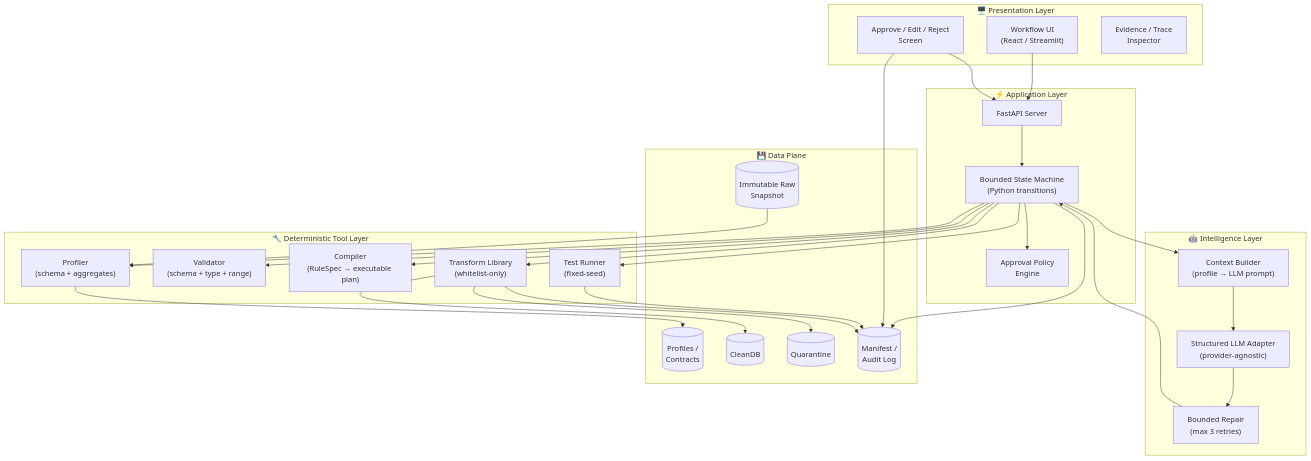
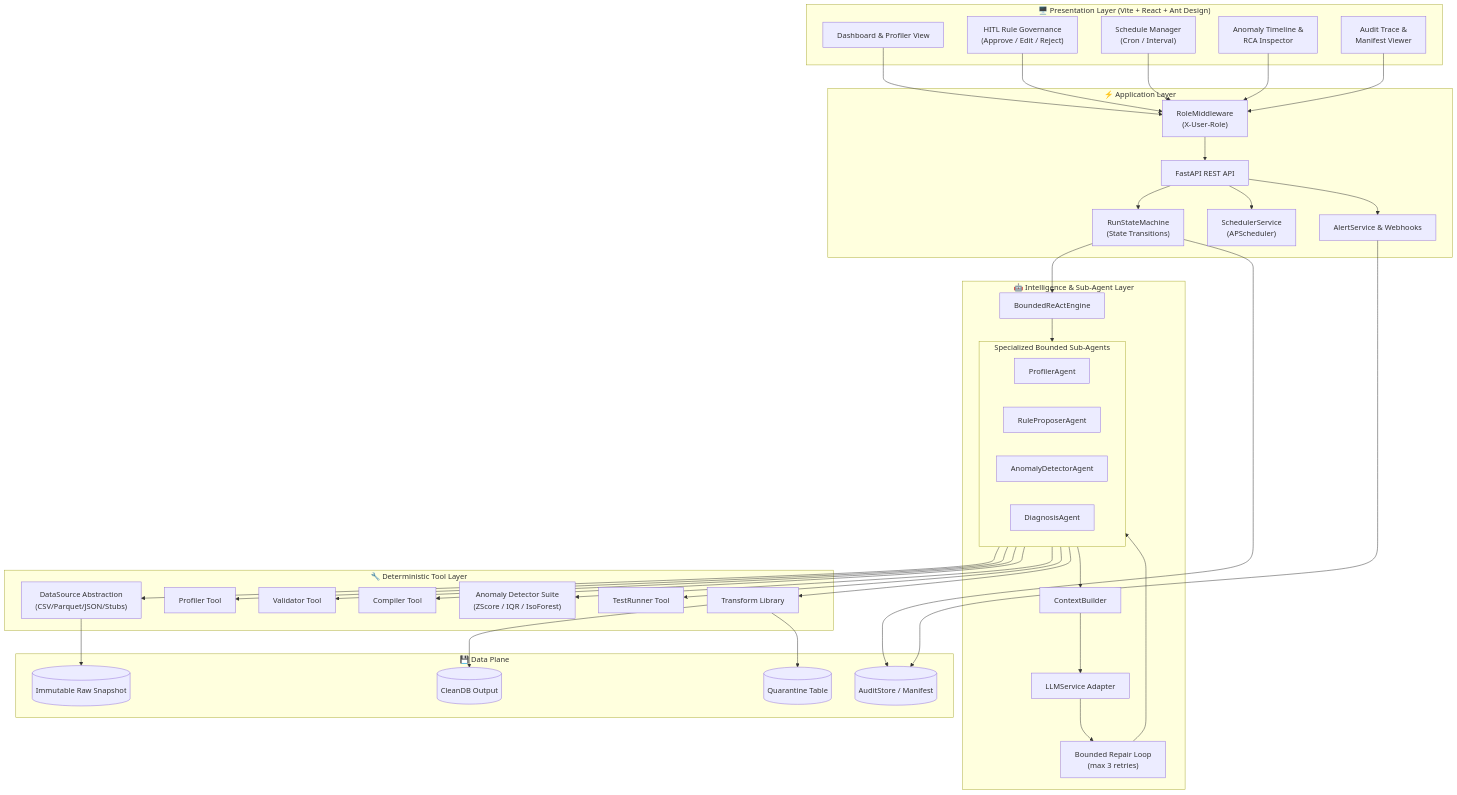
Before and after one commit to Dino1059/Phase2_VSF: the second of 5 diagrams in ARCHITECTURE.md, drawn with Mermaid. The commit also changed other lines of this file and 1 other file, not shown here.

Commit message:
docs: sync v2 architecture diagrams and sub-agent contracts in ARCHITECTURE.md

````diff
--- a/ARCHITECTURE.md
+++ b/ARCHITECTURE.md
@@ -88,58 +96,80 @@
 ```mermaid
 flowchart TB
-    subgraph Presentation["🖥️ Presentation Layer"]
-        UI["Workflow UI<br/>(React / Streamlit)"]
-        REVIEW["Approve / Edit / Reject<br/>Screen"]
-        TRACE["Evidence / Trace<br/>Inspector"]
+    subgraph Presentation["🖥️ Presentation Layer (Vite + React + Ant Design)"]
+        UI["Dashboard & Profiler View"]
+        REVIEW["HITL Rule Governance<br/>(Approve / Edit / Reject)"]
+        SCHED_UI["Schedule Manager<br/>(Cron / Interval)"]
+        ANOM_UI["Anomaly Timeline &<br/>RCA Inspector"]
+        AUDIT_UI["Audit Trace &<br/>Manifest Viewer"]
     end
 
     subgraph Application["⚡ Application Layer"]
-        API["FastAPI Server"]
-        SM["Bounded State Machine<br/>(Python transitions)"]
-        POLICY["Approval Policy<br/>Engine"]
+        API["FastAPI REST API"]
+        RBAC["RoleMiddleware<br/>(X-User-Role)"]
+        SM["RunStateMachine<br/>(State Transitions)"]
+        SCHED["SchedulerService<br/>(APScheduler)"]
+        ALERT["AlertService & Webhooks"]
     end
 
-    subgraph Intelligence["🤖 Intelligence Layer"]
-        CTX["Context Builder<br/>(profile → LLM prompt)"]
-        LLM["Structured LLM Adapter<br/>(provider-agnostic)"]
-        REPAIR["Bounded Repair<br/>(max 3 retries)"]
+    subgraph Intelligence["🤖 Intelligence & Sub-Agent Layer"]
+        ORCH["BoundedReActEngine"]
+        subgraph SubAgents["Specialized Bounded Sub-Agents"]
+            PA["ProfilerAgent"]
+            RA["RuleProposerAgent"]
+            AA["AnomalyDetectorAgent"]
+            DA["DiagnosisAgent"]
+        end
+        CTX["ContextBuilder"]
+        LLM["LLMService Adapter"]
+        REPAIR["Bounded Repair Loop<br/>(max 3 retries)"]
     end
 
     subgraph DeterministicTools["🔧 Deterministic Tool Layer"]
-        PROF["Profiler<br/>(schema + aggregates)"]
-        VALID["Validator<br/>(schema + type + range)"]
-        COMP["Compiler<br/>(RuleSpec → executable plan)"]
-        TEST["Test Runner<br/>(fixed-seed)"]
-        TRANS["Transform Library<br/>(whitelist-only)"]
+        DS["DataSource Abstraction<br/>(CSV/Parquet/JSON/Stubs)"]
+        PROF["Profiler Tool"]
+        VALID["Validator Tool"]
+        COMP["Compiler Tool"]
+        ANOM["Anomaly Detector Suite<br/>(ZScore / IQR / IsoForest)"]
+        TEST["TestRunner Tool"]
+        TRANS["Transform Library"]
     end
 
     subgraph DataPlane["💾 Data Plane"]
-        RAW[("Immutable Raw<br/>Snapshot")]
-        META[("Profiles /<br/>Contracts")]
-        CLEAN[("CleanDB")]
-        QUAR[("Quarantine")]
-        AUDIT[("Manifest /<br/>Audit Log")]
+        RAW[("Immutable Raw Snapshot")]
+        CLEAN[("CleanDB Output")]
+        QUAR[("Quarantine Table")]
+        AUDIT[("AuditStore / Manifest")]
     end
 
-    UI --> API
-    REVIEW --> API
+    UI --> RBAC
+    REVIEW --> RBAC
+    SCHED_UI --> RBAC
+    ANOM_UI --> RBAC
+    AUDIT_UI --> RBAC
+    RBAC --> API
+    
     API --> SM
-    SM --> POLICY
-    SM --> CTX
+    API --> SCHED
+    API --> ALERT
+    
+    SM --> ORCH
+    ORCH --> SubAgents
+    SubAgents --> CTX
     CTX --> LLM
     LLM --> REPAIR
-    REPAIR --> SM
-    SM --> PROF
-    SM --> VALID
-    SM --> COMP
-    SM --> TEST
-    SM --> TRANS
-    RAW --> PROF
-    PROF --> META
+    REPAIR --> SubAgents
+    
+    SubAgents --> DS
+    SubAgents --> PROF
+    SubAgents --> VALID
+    SubAgents --> COMP
+    SubAgents --> ANOM
+    SubAgents --> TEST
+    SubAgents --> TRANS
+    
+    DS --> RAW
     TRANS --> CLEAN
     TRANS --> QUAR
     SM --> AUDIT
-    REVIEW --> AUDIT
-    TEST --> AUDIT
-    TRANS --> AUDIT
+    ALERT --> AUDIT
 ```
````
